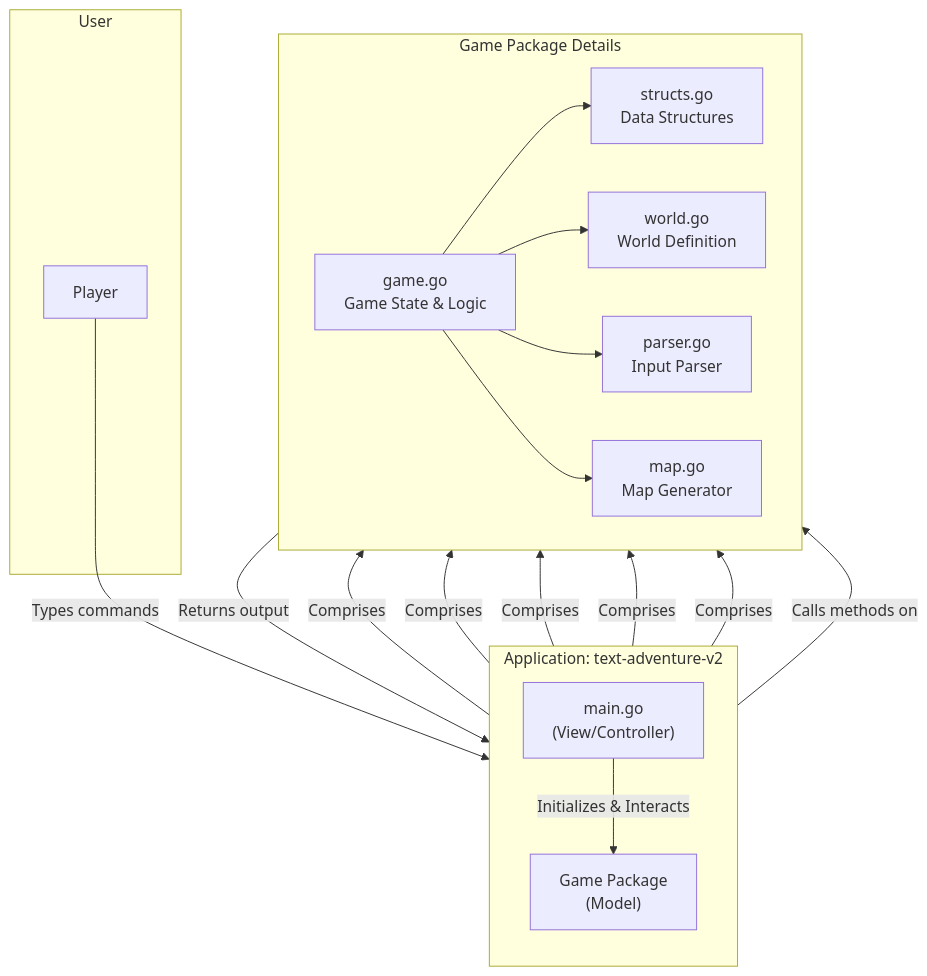
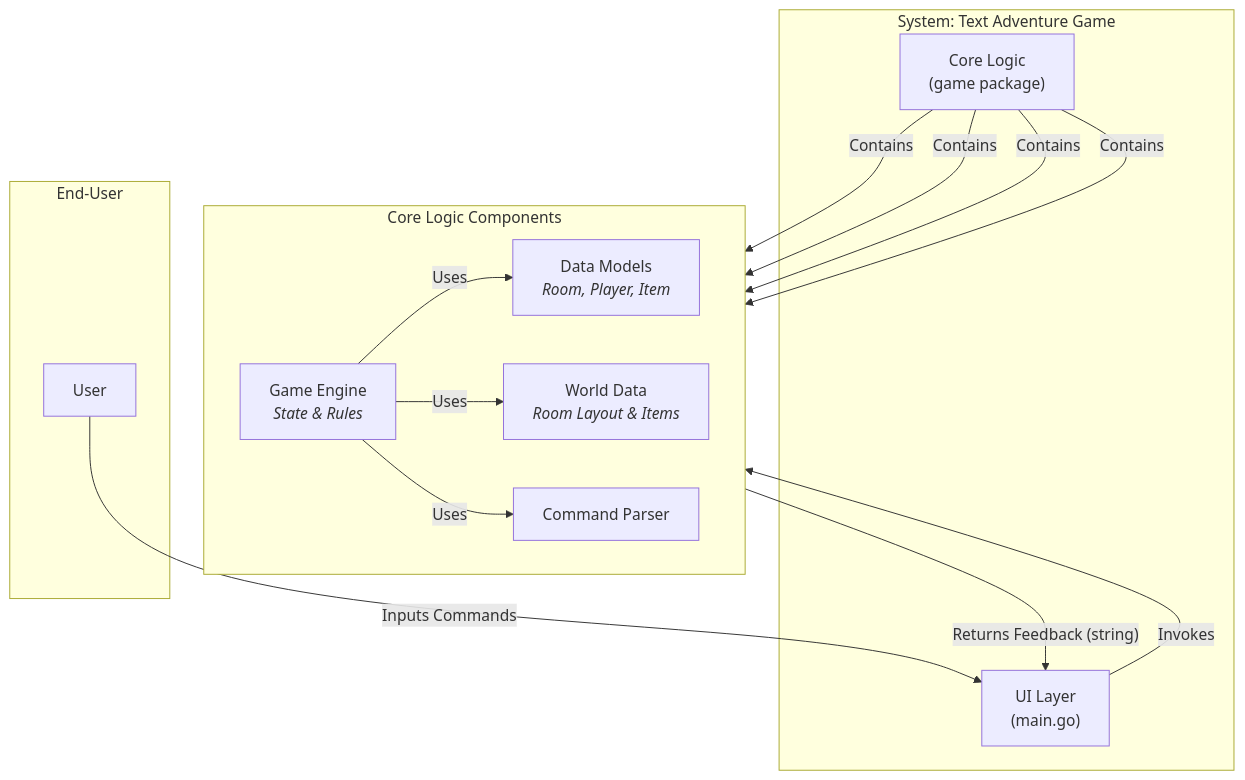
One commit to kphutt/text-adventure-v2 changed the diagram in mermaid_diagram.md. Above: the diagram before and after it, drawn with Mermaid.

Commit message:
Simplify Mermaid diagram with standard industry terms

````diff
--- a/mermaid_diagram.md
+++ b/mermaid_diagram.md
@@ -1,38 +1,35 @@
 ```mermaid
 graph TD
-    subgraph User
-        Player["Player"]
+    subgraph "End-User"
+        User["User"]
     end
 
-    subgraph "Application: text-adventure-v2"
-        direction TB
-        MainApp["main.go<br/>(View/Controller)"]
-        GameCore["Game Package<br/>(Model)"]
+    subgraph "System: Text Adventure Game"
+        UI["UI Layer<br>(main.go)"]
+        CoreLogic["Core Logic<br>(game package)"]
     end
 
-    subgraph "Game Package Details"
+    subgraph "Core Logic Components"
         direction LR
-        GameStruct["game.go<br/>Game State & Logic"]
-        Structs["structs.go<br/>Data Structures"]
-        World["world.go<br/>World Definition"]
-        Parser["parser.go<br/>Input Parser"]
-        MapGen["map.go<br/>Map Generator"]
+        Engine["Game Engine<br><i>State & Rules</i>"]
+        Models["Data Models<br><i>Room, Player, Item</i>"]
+        WorldData["World Data<br><i>Room Layout & Items</i>"]
+        Parser["Command Parser"]
     end
 
-    %% --- Connections ---
-    Player -- "Types commands" --> MainApp
-    MainApp -- "Initializes & Interacts" --> GameCore
-    GameCore -- "Comprises" --> GameStruct
-    GameCore -- "Comprises" --> Structs
-    GameCore -- "Comprises" --> World
-    GameCore -- "Comprises" --> Parser
-    GameCore -- "Comprises" --> MapGen
+    %% --- High-Level Flow ---
+    User -- "Inputs Commands" --> UI
+    UI -- "Invokes" --> Engine
+    Engine -- "Returns Feedback (string)" --> UI
 
-    MainApp -- "Calls methods on" --> GameStruct
-    GameStruct -- "Returns output" --> MainApp
+    %% --- Core Logic Dependencies ---
+    CoreLogic -- "Contains" --> Engine
+    CoreLogic -- "Contains" --> Models
+    CoreLogic -- "Contains" --> WorldData
+    CoreLogic -- "Contains" --> Parser
 
-    GameStruct --> Structs
-    GameStruct --> World
-    GameStruct --> Parser
-    GameStruct --> MapGen
+    Engine -- "Uses" --> Models
+    Engine -- "Uses" --> WorldData
+    Engine -- "Uses" --> Parser
+
 ```
````
